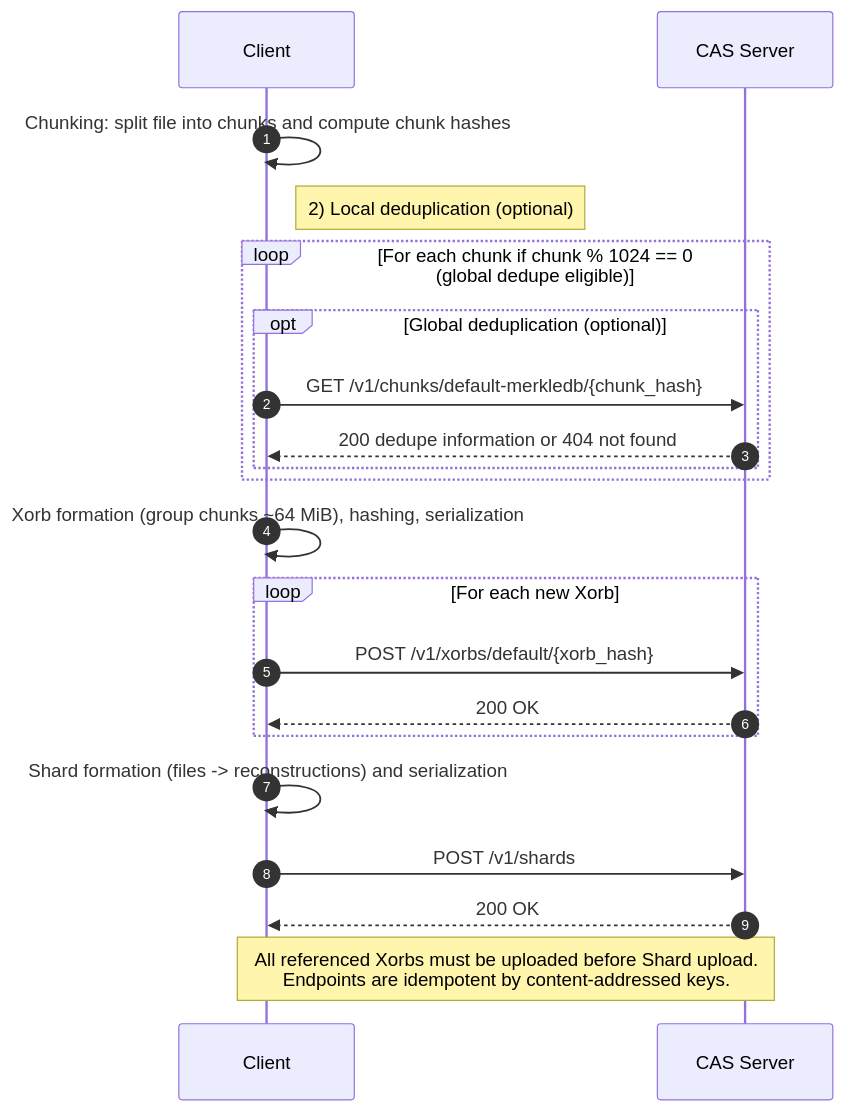
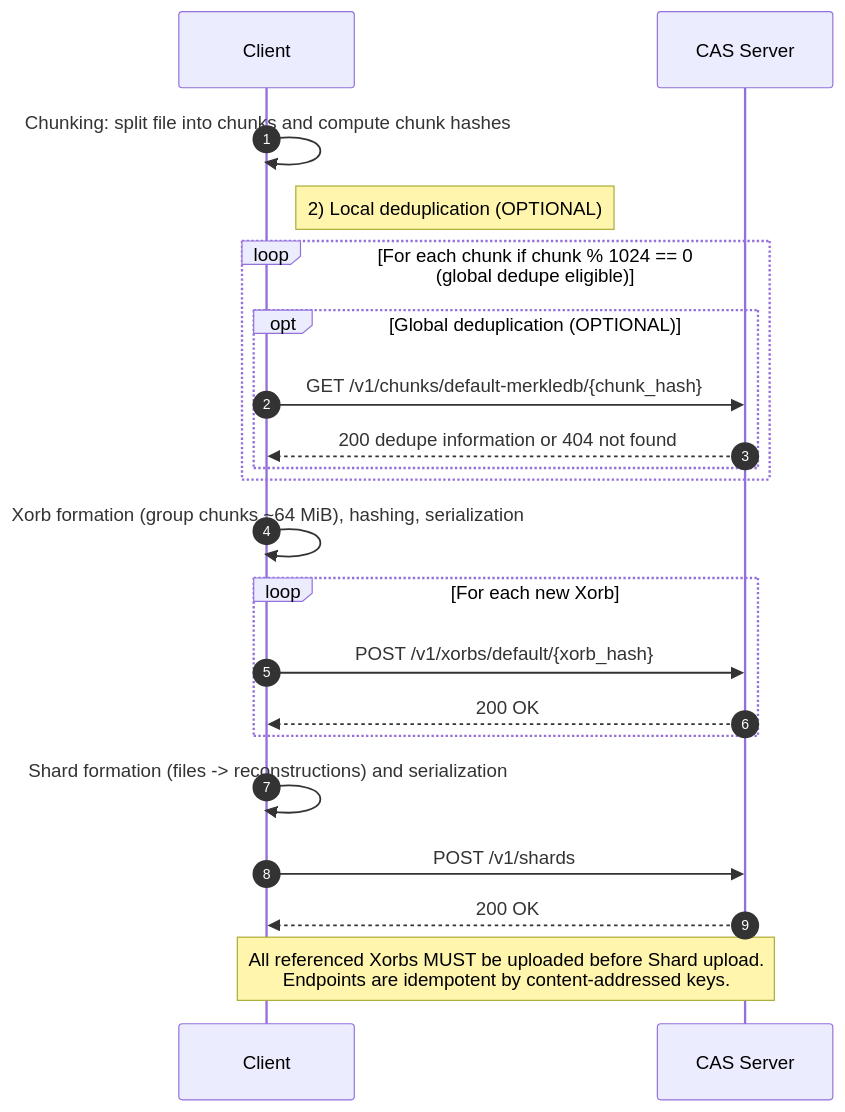
The diagram in spec/upload_protocol.md (huggingface/xet-core), drawn with Mermaid before and after one commit. The commit also changed other lines of this file and 11 other files, not shown here.

````diff
--- a/spec/upload_protocol.md
+++ b/spec/upload_protocol.md
@@ -141,30 +141,30 @@
 ```mermaid
 sequenceDiagram
     autonumber
     participant Client
     participant CAS as CAS Server
 
     Client->>Client: Chunking: split file into chunks and compute chunk hashes
 
-    Note right of Client: 2) Local deduplication (optional)
+    Note right of Client: 2) Local deduplication (OPTIONAL)
 
     loop For each chunk if chunk % 1024 == 0<br/>(global dedupe eligible)
-        opt Global deduplication (optional)
+        opt Global deduplication (OPTIONAL)
             Client->>CAS: GET /v1/chunks/default-merkledb/{chunk_hash}
             CAS-->>Client: 200 dedupe information or 404 not found
         end
     end
 
     Client->>Client: Xorb formation (group chunks ~64 MiB), hashing, serialization
 
     loop For each new Xorb
         Client->>CAS: POST /v1/xorbs/default/{xorb_hash}
         CAS-->>Client: 200 OK
     end
 
     Client->>Client: Shard formation (files -> reconstructions) and serialization
     Client->>CAS: POST /v1/shards
     CAS-->>Client: 200 OK
 
-    Note over Client,CAS: All referenced Xorbs must be uploaded before Shard upload.<br/>Endpoints are idempotent by content-addressed keys.
+    Note over Client,CAS: All referenced Xorbs MUST be uploaded before Shard upload.<br/>Endpoints are idempotent by content-addressed keys.
 ```
````
